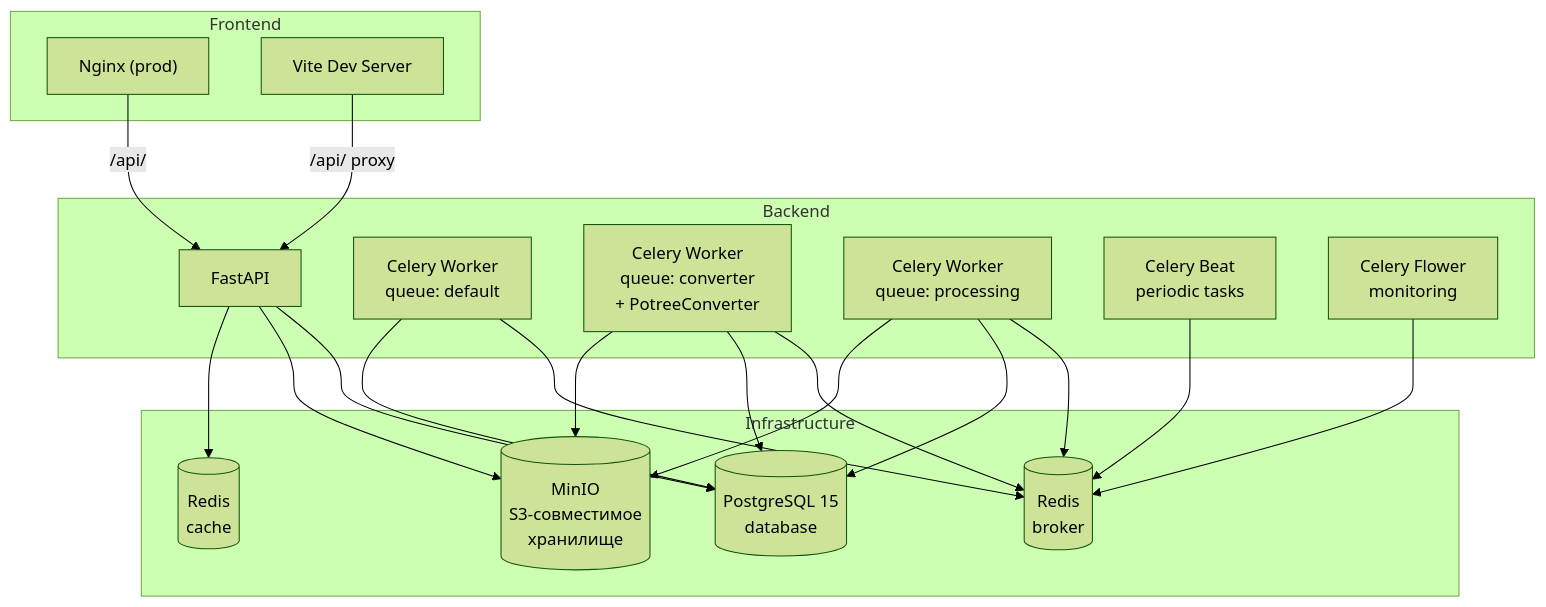
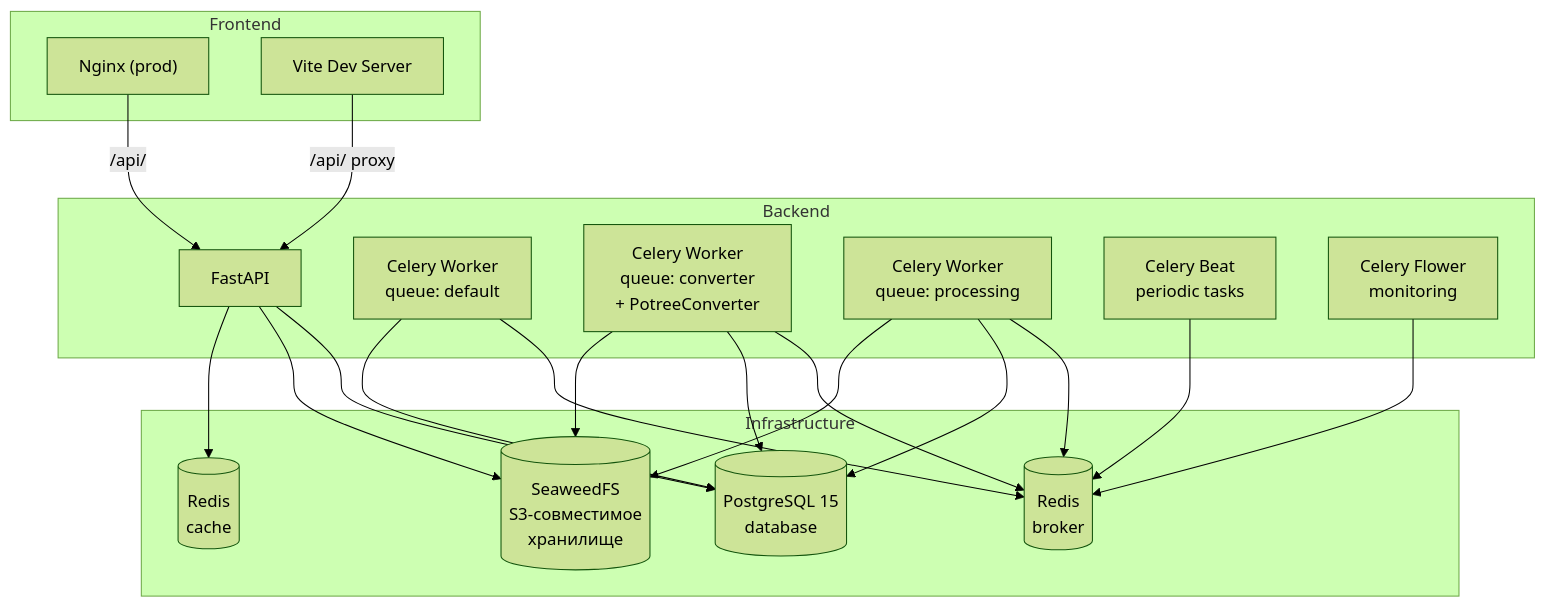
The diagram in README.md (ABASgroup/AirBIM), drawn with Mermaid (forest theme) before and after one commit. The commit also changed other lines of this file and 4 other files, not shown here.

````diff
--- a/README.md
+++ b/README.md
@@ -118,44 +118,44 @@
 ```mermaid
 graph TB
     subgraph "Frontend"
         Nginx["Nginx (prod)"]
         Vite["Vite Dev Server"]
     end
 
     subgraph "Backend"
         API["FastAPI"]
         WorkerDefault["Celery Worker<br/>queue: default"]
         WorkerConv["Celery Worker<br/>queue: converter<br/>+ PotreeConverter"]
         WorkerProc["Celery Worker<br/>queue: processing"]
         Beat["Celery Beat<br/>periodic tasks"]
         Flower["Celery Flower<br/>monitoring"]
     end
 
     subgraph "Infrastructure"
         DB[("PostgreSQL 15<br/>database")]
         Cache[("Redis<br/>cache")]
         Broker[("Redis<br/>broker")]
-        MinIO[("MinIO<br/>S3-совместимое<br/>хранилище")]
+        SeaweedFS[("SeaweedFS<br/>S3-совместимое<br/>хранилище")]
     end
 
     Nginx -->|"/api/"| API
     Vite -->|"/api/" proxy| API
 
     API --> DB
-    API --> MinIO
+    API --> SeaweedFS
     API --> Cache
 
     Beat --> Broker
     WorkerDefault --> Broker
     WorkerConv --> Broker
     WorkerProc --> Broker
 
     WorkerDefault --> DB
     WorkerConv --> DB
     WorkerProc --> DB
 
-    WorkerConv --> MinIO
-    WorkerProc --> MinIO
+    WorkerConv --> SeaweedFS
+    WorkerProc --> SeaweedFS
 
     Flower --> Broker
 ```
````
